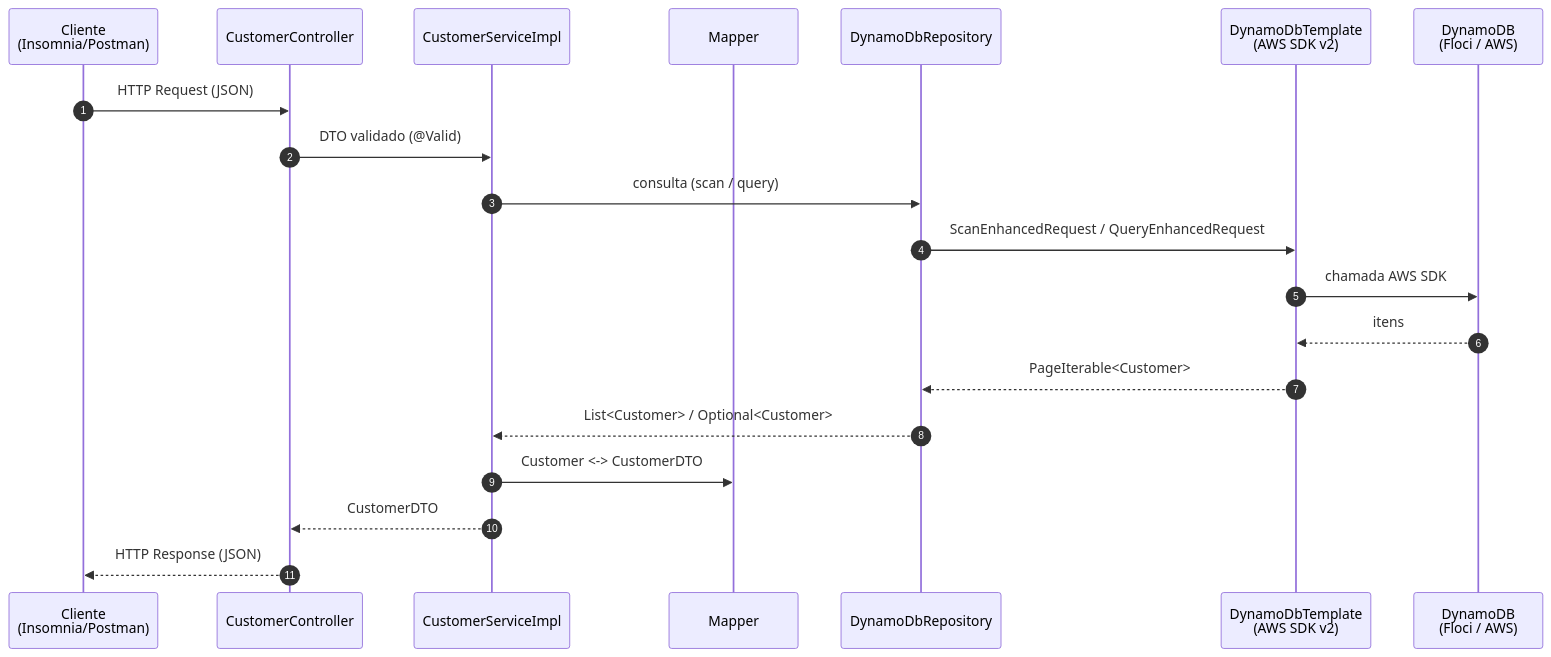
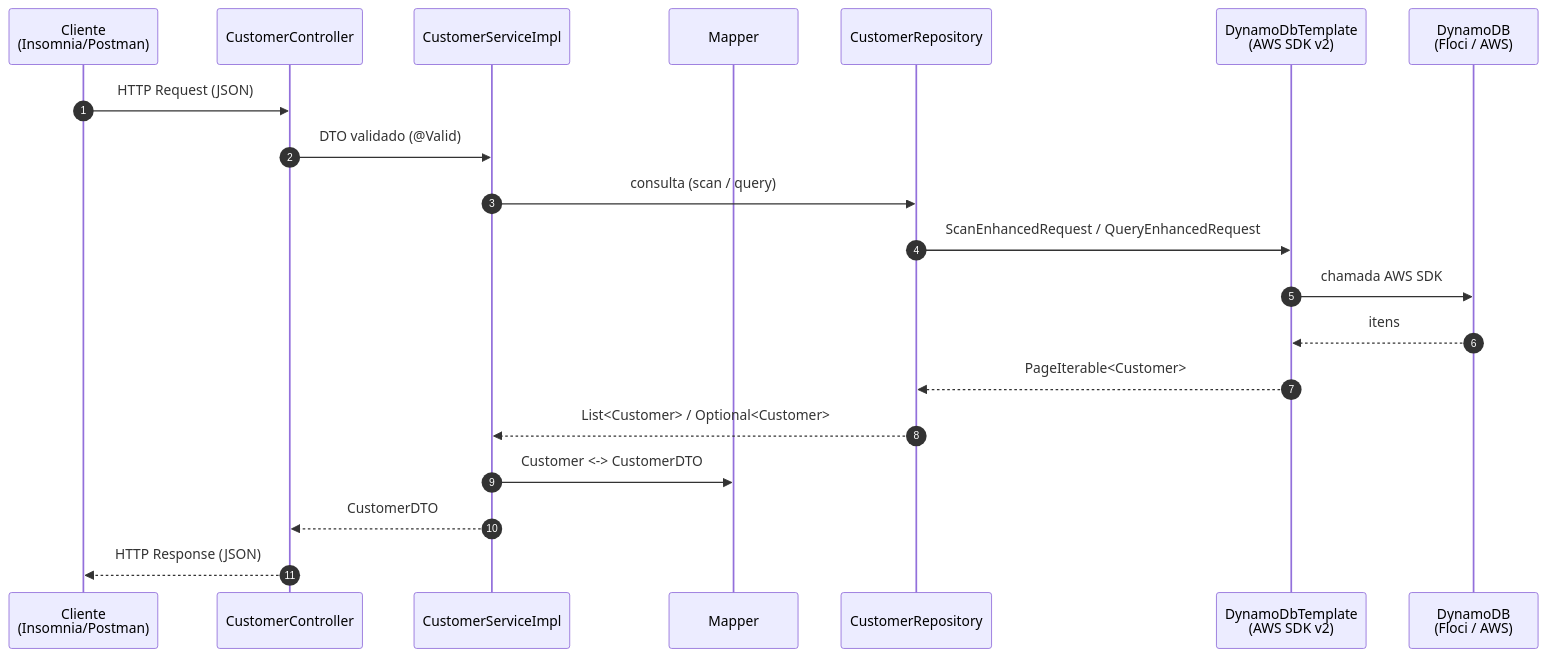
One commit to marcuskeller/dynamodb changed the diagram in README.md. Above: the diagram before and after it, drawn with Mermaid. The commit also changed other lines of this file and 7 other files, not shown here.

````diff
--- a/README.md
+++ b/README.md
@@ -102,24 +102,24 @@
 ```mermaid
 sequenceDiagram
     autonumber
 
     participant C as Cliente<br/>(Insomnia/Postman)
     participant CT as CustomerController
     participant S as CustomerServiceImpl
     participant M as Mapper
-    participant R as DynamoDbRepository
+    participant R as CustomerRepository
     participant T as DynamoDbTemplate<br/>(AWS SDK v2)
     participant DB as DynamoDB<br/>(Floci / AWS)
 
     C->>CT: HTTP Request (JSON)
     CT->>S: DTO validado (@Valid)
     S->>R: consulta (scan / query)
     R->>T: ScanEnhancedRequest / QueryEnhancedRequest
     T->>DB: chamada AWS SDK
     DB-->>T: itens
     T-->>R: PageIterable<Customer>
     R-->>S: List<Customer> / Optional<Customer>
     S->>M: Customer <-> CustomerDTO
     S-->>CT: CustomerDTO
     CT-->>C: HTTP Response (JSON)
 ```
````
